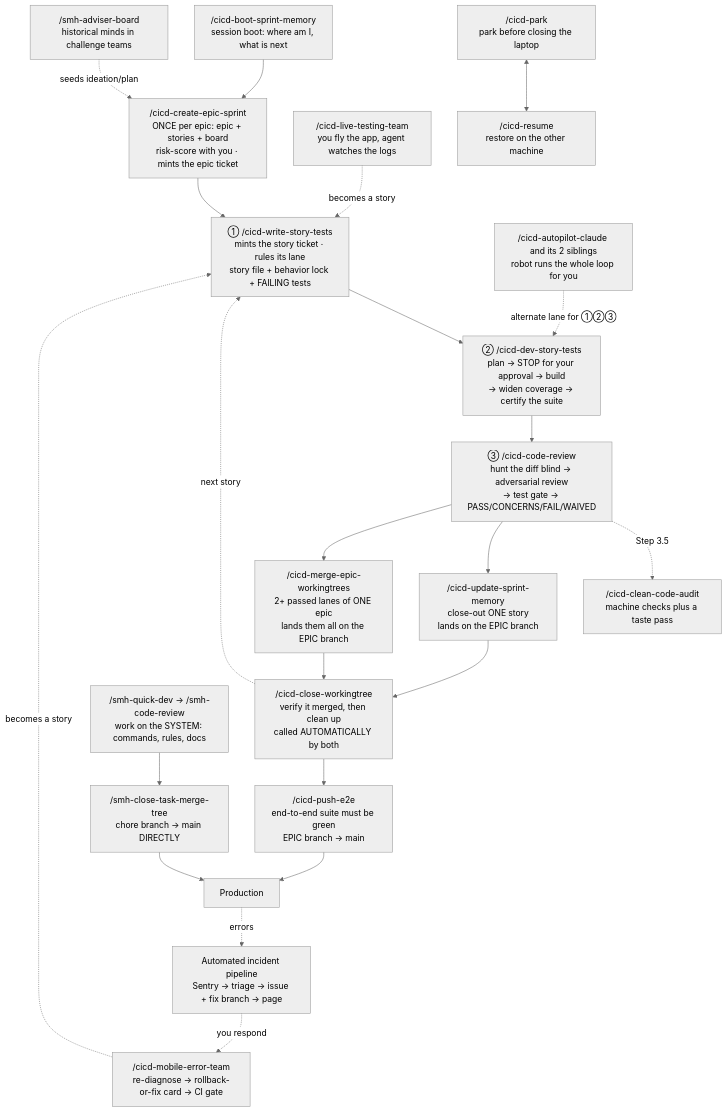
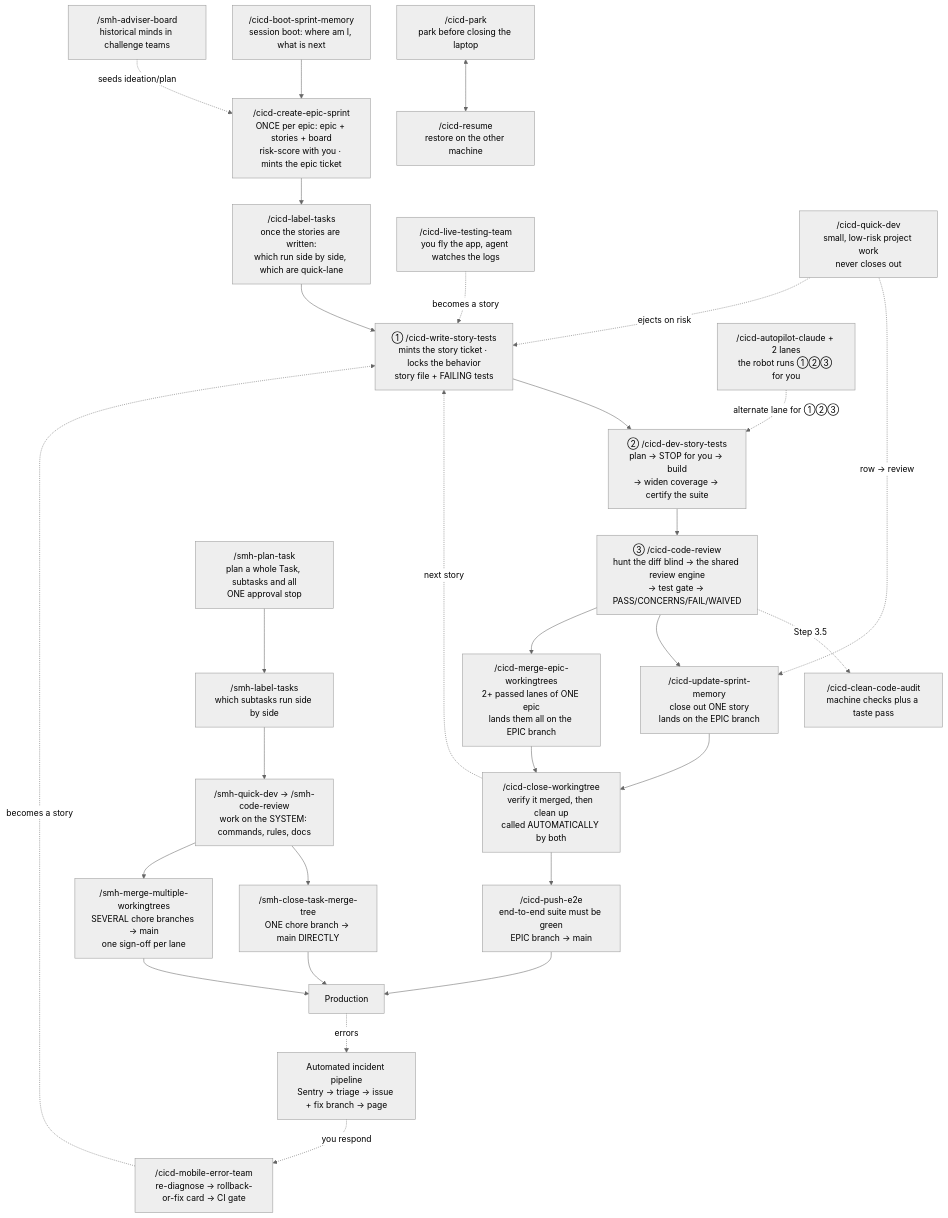
Before and after one commit to sudomadhatter/Sudo_Hatter_Command: the first of 43 diagrams in docs/_scc_sops_prds/workflows_testing_SOP.md, drawn with Mermaid (neutral theme). The commit also changed other lines of this file and 4 other files, not shown here.

````diff
--- a/docs/_scc_sops_prds/workflows_testing_SOP.md
+++ b/docs/_scc_sops_prds/workflows_testing_SOP.md
@@ -236,24 +254,31 @@
 ```mermaid
 flowchart TD
     BOOT["/cicd-boot-sprint-memory\nsession boot: where am I, what is next"] --> KICK["/cicd-create-epic-sprint\nONCE per epic: epic + stories + board\nrisk-score with you · mints the epic ticket"]
-    KICK --> ONE["① /cicd-write-story-tests\nmints the story ticket · rules its lane\nstory file + behavior lock + FAILING tests"]
-    ONE --> TWO["② /cicd-dev-story-tests\nplan → STOP for your approval → build\n→ widen coverage → certify the suite"]
-    TWO --> THREE["③ /cicd-code-review\nhunt the diff blind → adversarial review\n→ test gate → PASS/CONCERNS/FAIL/WAIVED"]
+    KICK --> LABEL["/cicd-label-tasks\nonce the stories are written:\nwhich run side by side, which are quick-lane"]
+    LABEL --> ONE["① /cicd-write-story-tests\nmints the story ticket · locks the behavior\nstory file + FAILING tests"]
+    ONE --> TWO["② /cicd-dev-story-tests\nplan → STOP for you → build\n→ widen coverage → certify the suite"]
+    TWO --> THREE["③ /cicd-code-review\nhunt the diff blind → the shared review engine\n→ test gate → PASS/CONCERNS/FAIL/WAIVED"]
     THREE -.->|"Step 3.5"| CLEAN["/cicd-clean-code-audit\nmachine checks plus a taste pass"]
-    THREE --> CLOSE["/cicd-update-sprint-memory\nclose-out ONE story\nlands on the EPIC branch"]
+    THREE --> CLOSE["/cicd-update-sprint-memory\nclose out ONE story\nlands on the EPIC branch"]
     THREE --> MERGE["/cicd-merge-epic-workingtrees\n2+ passed lanes of ONE epic\nlands them all on the EPIC branch"]
     CLOSE --> CLOSEWT["/cicd-close-workingtree\nverify it merged, then clean up\ncalled AUTOMATICALLY by both"]
     MERGE --> CLOSEWT
     CLOSEWT -.->|"next story"| ONE
     CLOSEWT --> SHIP["/cicd-push-e2e\nend-to-end suite must be green\nEPIC branch → main"]
     SHIP --> PROD["Production"]
     PROD -.->|"errors"| SEC["Automated incident pipeline\nSentry → triage → issue + fix branch → page"]
     SEC -.->|"you respond"| MOBERR["/cicd-mobile-error-team\nre-diagnose → rollback-or-fix card → CI gate"]
     MOBERR -.->|"becomes a story"| ONE
     LIVE["/cicd-live-testing-team\nyou fly the app, agent watches the logs"] -.->|"becomes a story"| ONE
+    QD["/cicd-quick-dev\nsmall, low-risk project work\nnever closes out"] -.->|"row → review"| CLOSE
+    QD -.->|"ejects on risk"| ONE
     ADV["/smh-adviser-board\nhistorical minds in challenge teams"] -.->|"seeds ideation/plan"| KICK
-    AP["/cicd-autopilot-claude and its 2 siblings\nrobot runs the whole loop for you"] -.->|"alternate lane for ①②③"| TWO
-    TASK["/smh-quick-dev → /smh-code-review\nwork on the SYSTEM: commands, rules, docs"] --> TASKCLOSE["/smh-close-task-merge-tree\nchore branch → main DIRECTLY"]
+    AP["/cicd-autopilot-claude + 2 lanes\nthe robot runs ①②③ for you"] -.->|"alternate lane for ①②③"| TWO
+    PT["/smh-plan-task\nplan a whole Task, subtasks and all\nONE approval stop"] --> SLABEL["/smh-label-tasks\nwhich subtasks run side by side"]
+    SLABEL --> TASK["/smh-quick-dev → /smh-code-review\nwork on the SYSTEM: commands, rules, docs"]
+    TASK --> TASKCLOSE["/smh-close-task-merge-tree\nONE chore branch → main DIRECTLY"]
+    TASK --> TASKMULTI["/smh-merge-multiple-workingtrees\nSEVERAL chore branches → main\none sign-off per lane"]
     TASKCLOSE --> PROD
+    TASKMULTI --> PROD
     PARK["/cicd-park\npark before closing the laptop"] <--> RESUME["/cicd-resume\nrestore on the other machine"]
 ```
````
